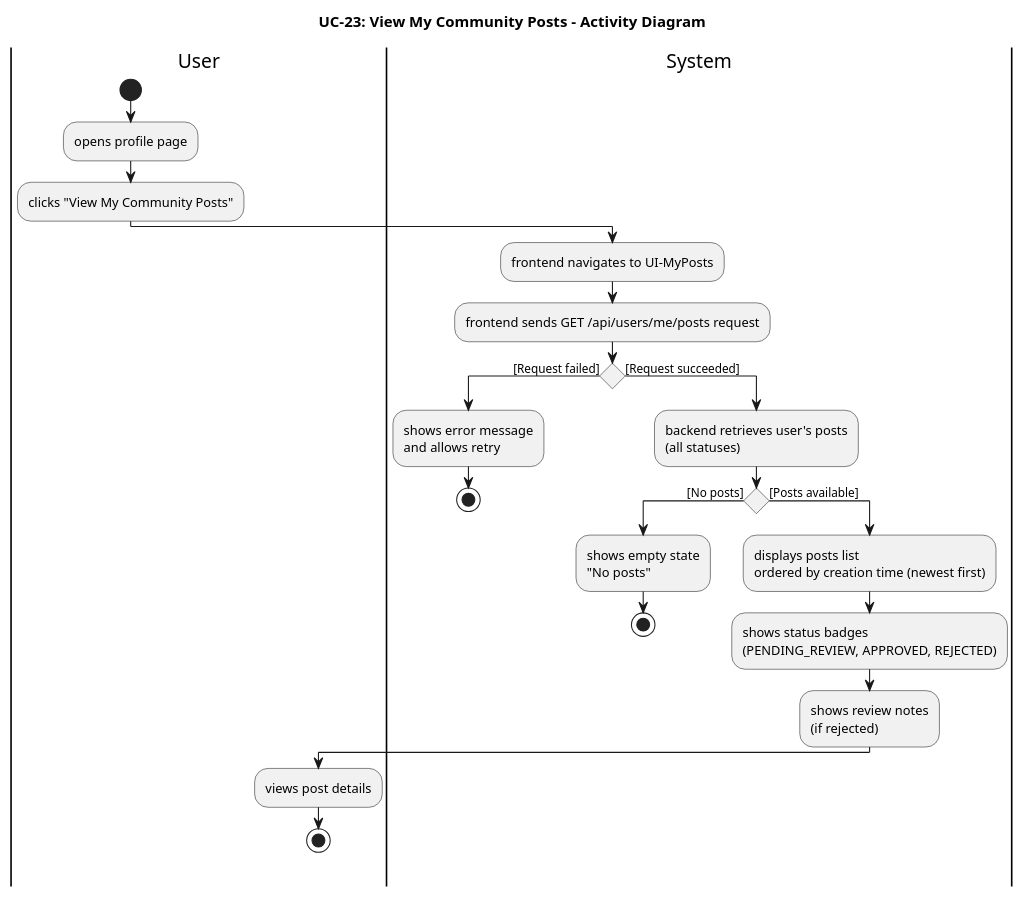
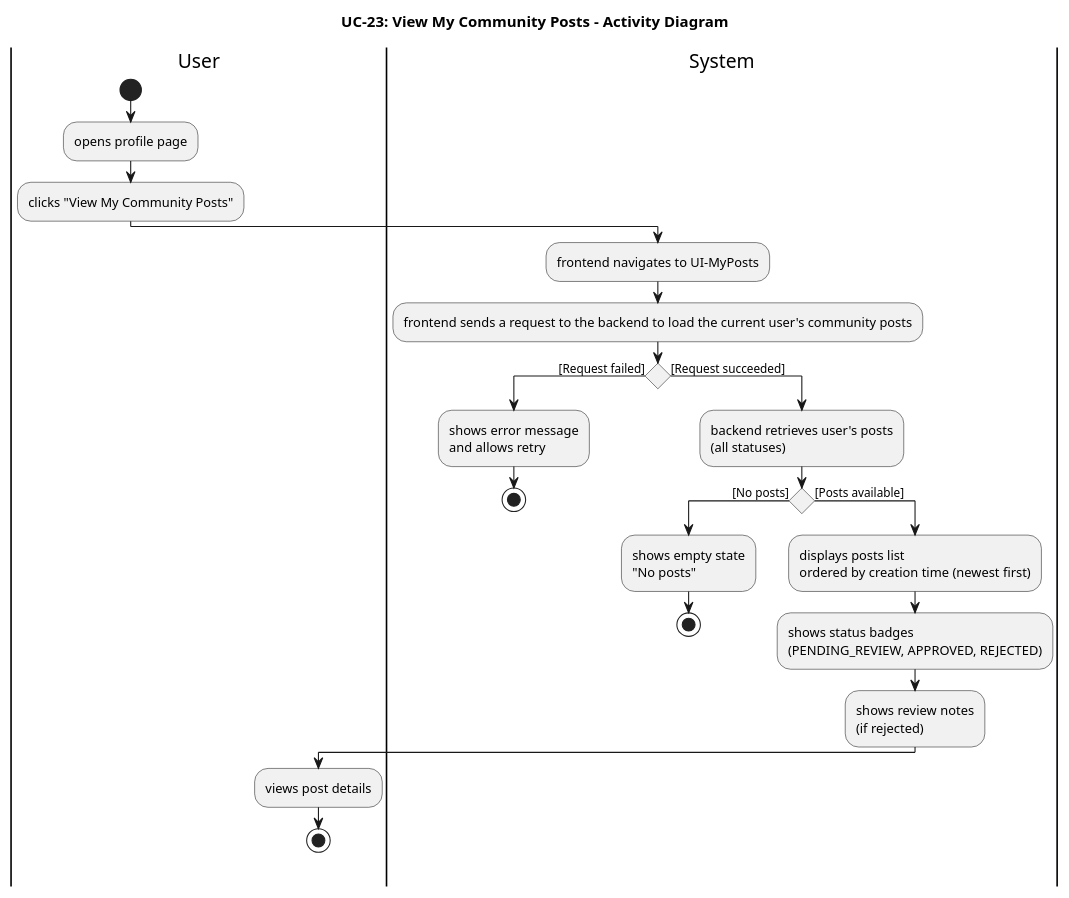
One commit to pzyllll/BridgeU changed diagram 25 of 27 in springboot-backend/BridgeU-SRS.md. Above: the diagram before and after it, drawn with PlantUML. The commit also changed other lines of this file and 3 other files, not shown here.

````diff
--- a/springboot-backend/BridgeU-SRS.md
+++ b/springboot-backend/BridgeU-SRS.md
@@ -3297,35 +3339,35 @@
 ```plantuml
 @startuml UC23_Activity_Diagram
 title UC-23: View My Community Posts - Activity Diagram
 
 |User|
 start
 :opens profile page;
 :clicks "View My Community Posts";
 
 |System|
 :frontend navigates to UI-MyPosts;
-:frontend sends GET /api/users/me/posts request;
+:frontend sends a request to the backend to load the current user's community posts;
 
 if () then ([Request failed])
   :shows error message\nand allows retry;
   stop
 else ([Request succeeded])
   :backend retrieves user's posts\n(all statuses);
   
   if () then ([No posts])
     :shows empty state\n"No posts";
     stop
   else ([Posts available])
     :displays posts list\nordered by creation time (newest first);
     :shows status badges\n(PENDING_REVIEW, APPROVED, REJECTED);
     :shows review notes\n(if rejected);
     
     |User|
     :views post details;
     stop
   endif
 endif
 
 @enduml
 ```
````
